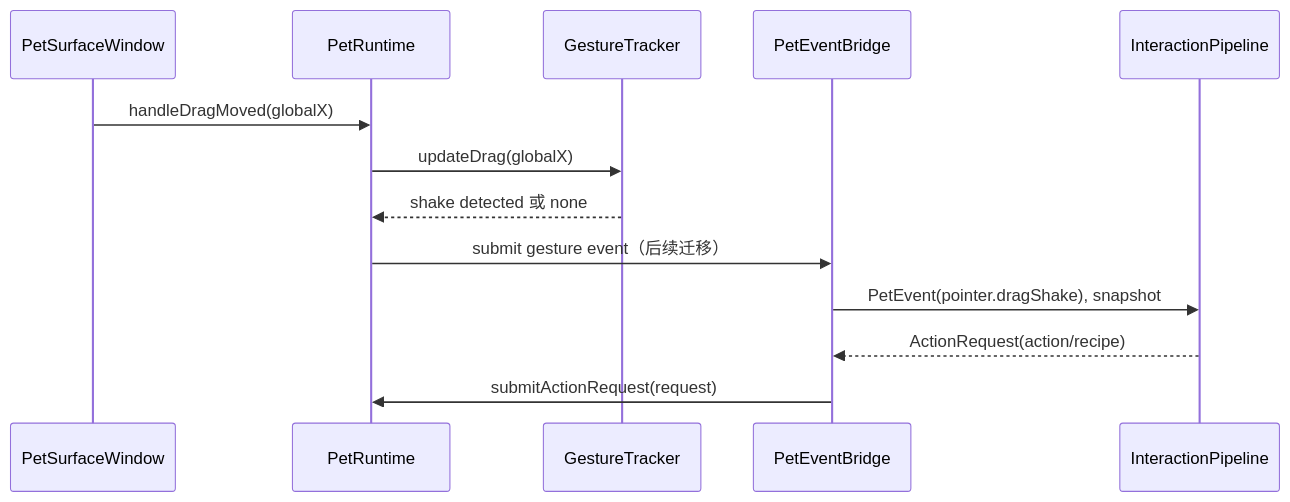
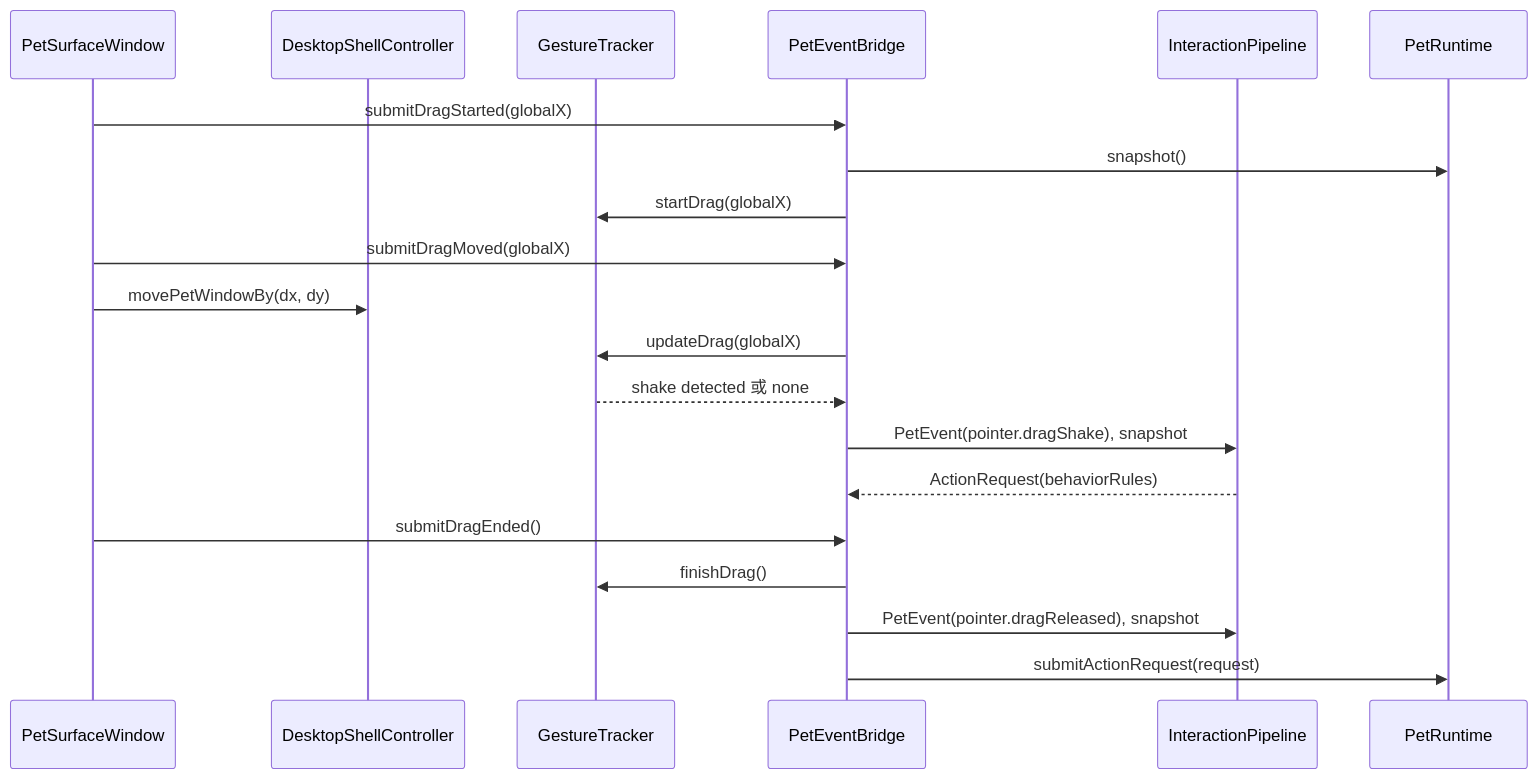
One commit to tiantian180/MilesEdgeworth changed the fourth of 6 diagrams in docs/v2/设计方案/桌宠运行时职责拆分设计.md. Above: the diagram before and after it, drawn with Mermaid. The commit also changed other lines of this file and 2 other files, not shown here.

Commit message:
docs(architecture): refine phase one follow-up plans

````diff
--- a/docs/v2/设计方案/桌宠运行时职责拆分设计.md
+++ b/docs/v2/设计方案/桌宠运行时职责拆分设计.md
@@ -650,16 +686,23 @@
 ```mermaid
 sequenceDiagram
     participant Surface as PetSurfaceWindow
-    participant Runtime as PetRuntime
+    participant Shell as DesktopShellController
     participant Gesture as GestureTracker
     participant Bridge as PetEventBridge
     participant Pipeline as InteractionPipeline
+    participant Runtime as PetRuntime
 
-    Surface->>Runtime: handleDragMoved(globalX)
-    Runtime->>Gesture: updateDrag(globalX)
-    Gesture-->>Runtime: shake detected 或 none
-    Runtime->>Bridge: submit gesture event（后续迁移）
+    Surface->>Bridge: submitDragStarted(globalX)
+    Bridge->>Runtime: snapshot()
+    Bridge->>Gesture: startDrag(globalX)
+    Surface->>Bridge: submitDragMoved(globalX)
+    Surface->>Shell: movePetWindowBy(dx, dy)
+    Bridge->>Gesture: updateDrag(globalX)
+    Gesture-->>Bridge: shake detected 或 none
     Bridge->>Pipeline: PetEvent(pointer.dragShake), snapshot
-    Pipeline-->>Bridge: ActionRequest(action/recipe)
+    Pipeline-->>Bridge: ActionRequest(behaviorRules)
+    Surface->>Bridge: submitDragEnded()
+    Bridge->>Gesture: finishDrag()
+    Bridge->>Pipeline: PetEvent(pointer.dragReleased), snapshot
     Bridge->>Runtime: submitActionRequest(request)
 ```
````
